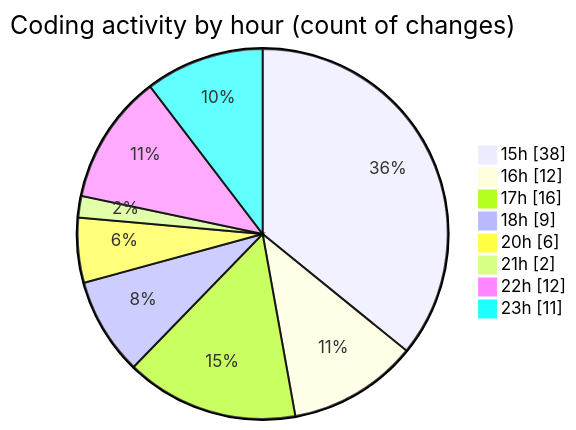
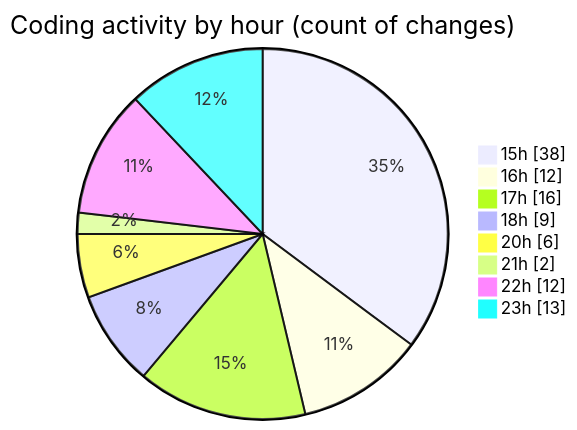
The second of 2 diagrams in 2025-09-08/cashcalculator/README.md (nxtqubesakshisongat/code-tracking), drawn with Mermaid before and after one commit. The commit also changed other lines of this file and 1 other file, not shown here.

````diff
--- a/2025-09-08/cashcalculator/README.md
+++ b/2025-09-08/cashcalculator/README.md
@@ -28,12 +28,12 @@
 ```mermaid
 pie showData
 title Coding activity by hour (count of changes)
 "15h" : 38
 "16h" : 12
 "17h" : 16
 "18h" : 9
 "20h" : 6
 "21h" : 2
 "22h" : 12
-"23h" : 11
+"23h" : 13
 ```
````
